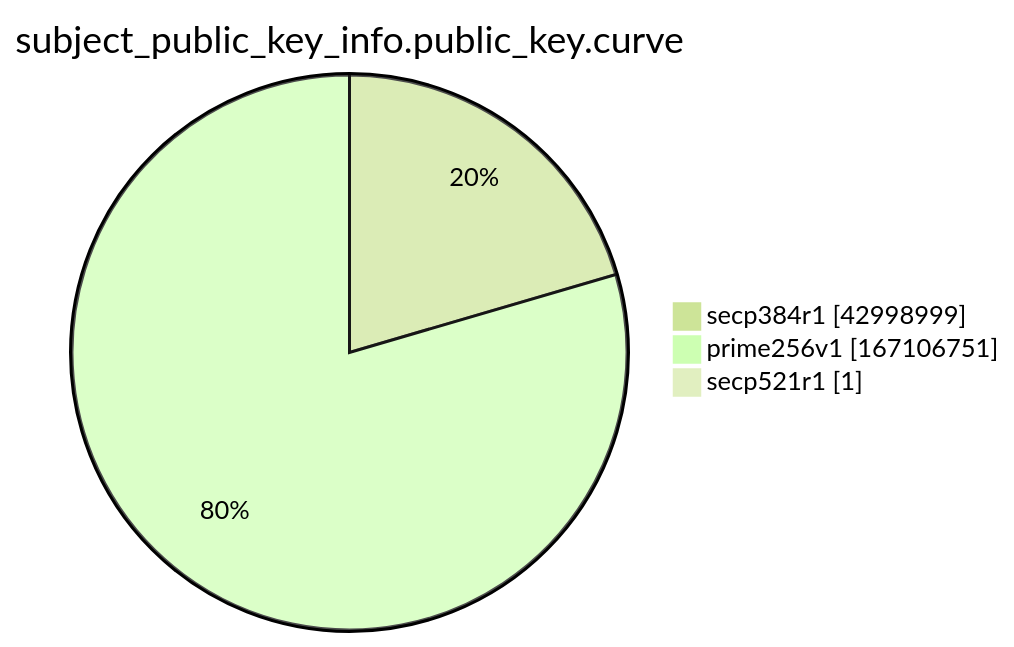
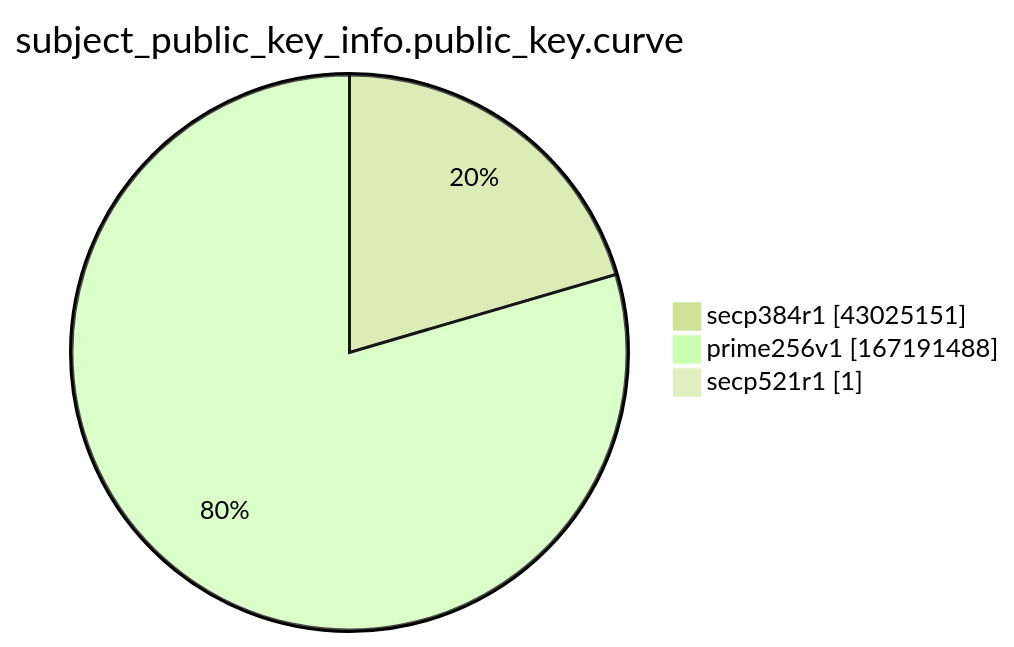
One commit to christiankrug/ctmonitor_visualization changed the ninth of 15 diagrams in xenon2022/README.md. Above: the diagram before and after it, drawn with Mermaid (forest theme). The commit also changed other lines of this file, not shown here.

````diff
--- a/xenon2022/README.md
+++ b/xenon2022/README.md
@@ -2869,7 +2869,7 @@
 ```mermaid
 pie showData
 title subject_public_key_info.public_key.curve
-"secp384r1" :42998999
-"prime256v1" :167106751
+"secp384r1" :43025151
+"prime256v1" :167191488
 "secp521r1" :1
 ```
````
